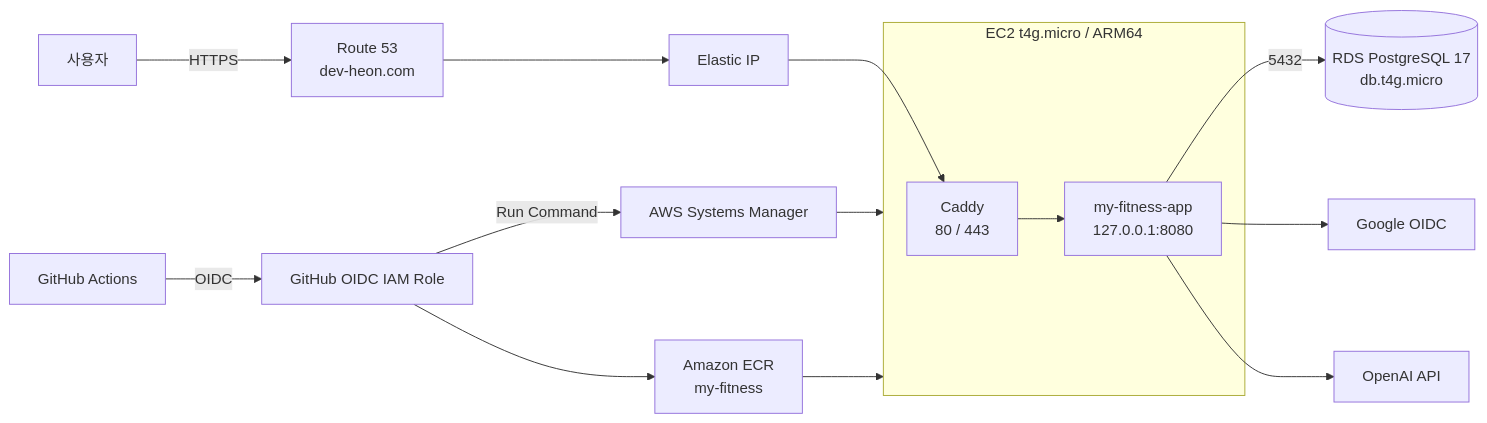
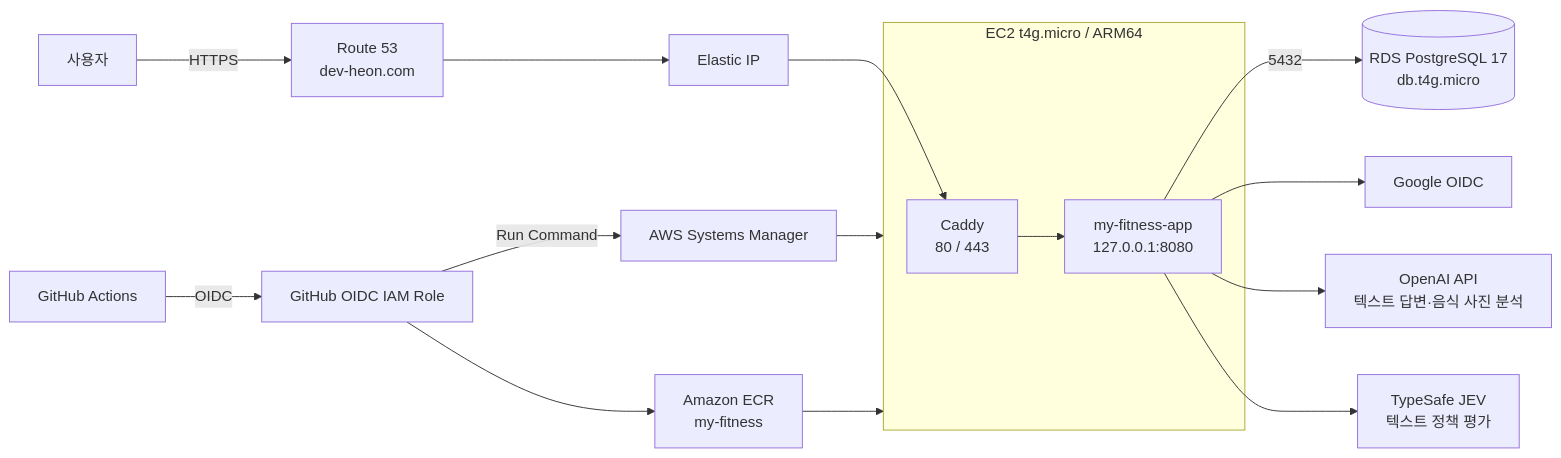
Before and after one commit to DevelopHeon/my-fitness-app: the first of 2 diagrams in docs/infra/README.md, drawn with Mermaid. The commit also changed other lines of this file and 105 other files, not shown here.

```diff
--- a/docs/infra/README.md
+++ b/docs/infra/README.md
@@ -15,33 +15,35 @@
 ~~~mermaid
 flowchart LR
     User["사용자"]
     DNS["Route 53<br/>dev-heon.com"]
     EIP["Elastic IP"]
 
     subgraph EC2["EC2 t4g.micro / ARM64"]
         Caddy["Caddy<br/>80 / 443"]
         App["my-fitness-app<br/>127.0.0.1:8080"]
     end
 
     DB[("RDS PostgreSQL 17<br/>db.t4g.micro")]
     ECR["Amazon ECR<br/>my-fitness"]
     SSM["AWS Systems Manager"]
     GitHub["GitHub Actions"]
     IAM["GitHub OIDC IAM Role"]
     Google["Google OIDC"]
-    OpenAI["OpenAI API"]
+    OpenAI["OpenAI API<br/>텍스트 답변·음식 사진 분석"]
+    JEV["TypeSafe JEV<br/>텍스트 정책 평가"]
 
     User -->|"HTTPS"| DNS
     DNS --> EIP
     EIP --> Caddy
     Caddy --> App
     App -->|"5432"| DB
     App --> Google
     App --> OpenAI
+    App --> JEV
 
     GitHub -->|"OIDC"| IAM
     IAM --> ECR
     IAM -->|"Run Command"| SSM
     SSM --> EC2
     ECR --> EC2
 ~~~
```
